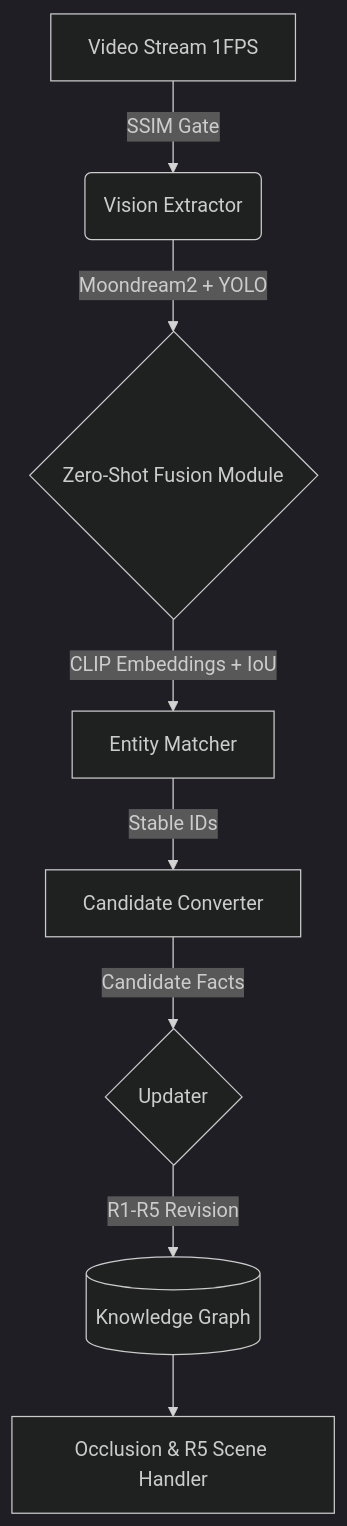
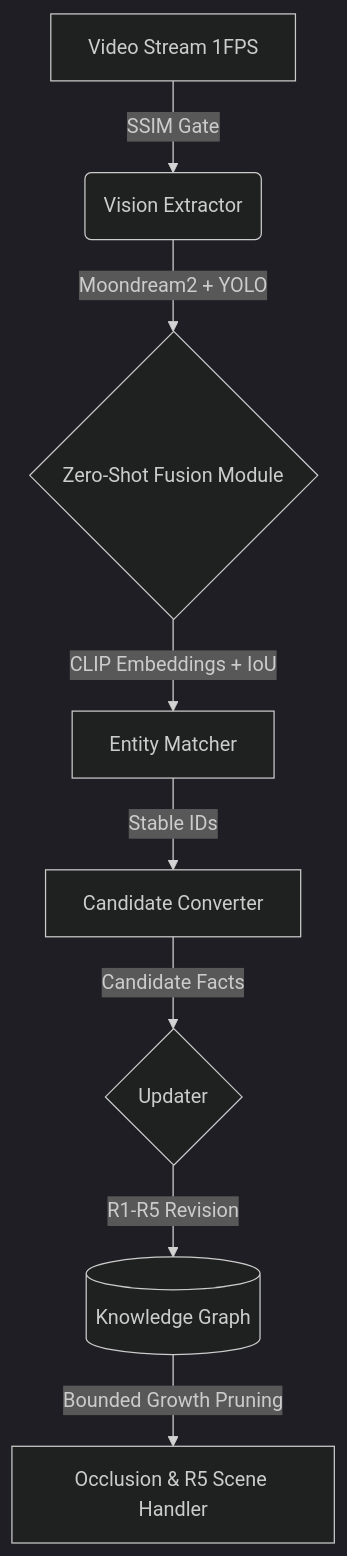
One commit to harideskzone-hue/Vision-World-Modeler changed the diagram in README.md. Above: the diagram before and after it, drawn with Mermaid (dark theme). The commit also changed other lines of this file and 5 other files, not shown here.

Commit message:
Address Track 2 judge rubric: implement bounded memory pruning (O1), frame index queries, and complete dependencies

````diff
--- a/README.md
+++ b/README.md
@@ -12,10 +13,10 @@
 ```mermaid
 graph TD
     A[Video Stream 1FPS] -->|SSIM Gate| B(Vision Extractor)
     B -->|Moondream2 + YOLO| C{Zero-Shot Fusion Module}
     C -->|CLIP Embeddings + IoU| D[Entity Matcher]
     D -->|Stable IDs| E[Candidate Converter]
     E -->|Candidate Facts| F{Updater}
     F -->|R1-R5 Revision| G[(Knowledge Graph)]
-    G --> H[Occlusion & R5 Scene Handler]
+    G -->|Bounded Growth Pruning| H[Occlusion & R5 Scene Handler]
 ```
````
